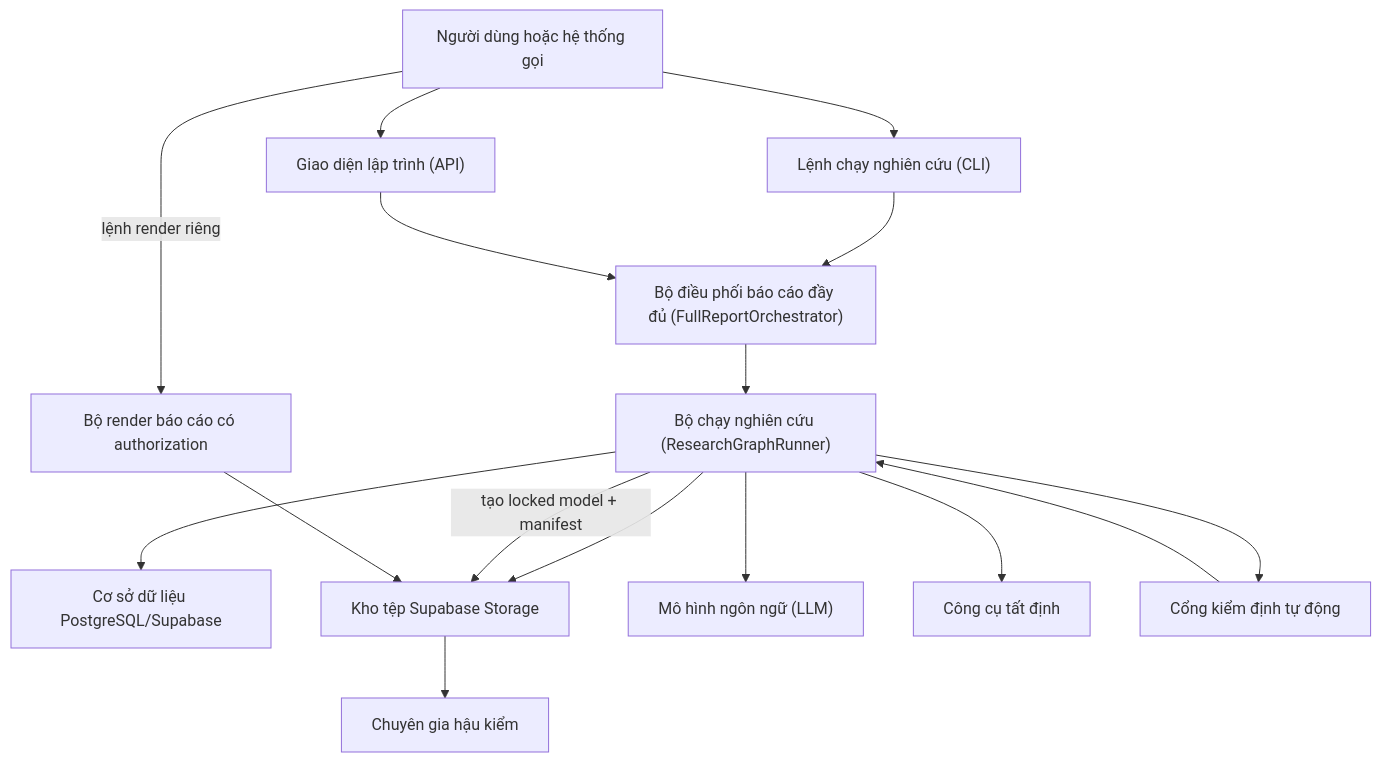
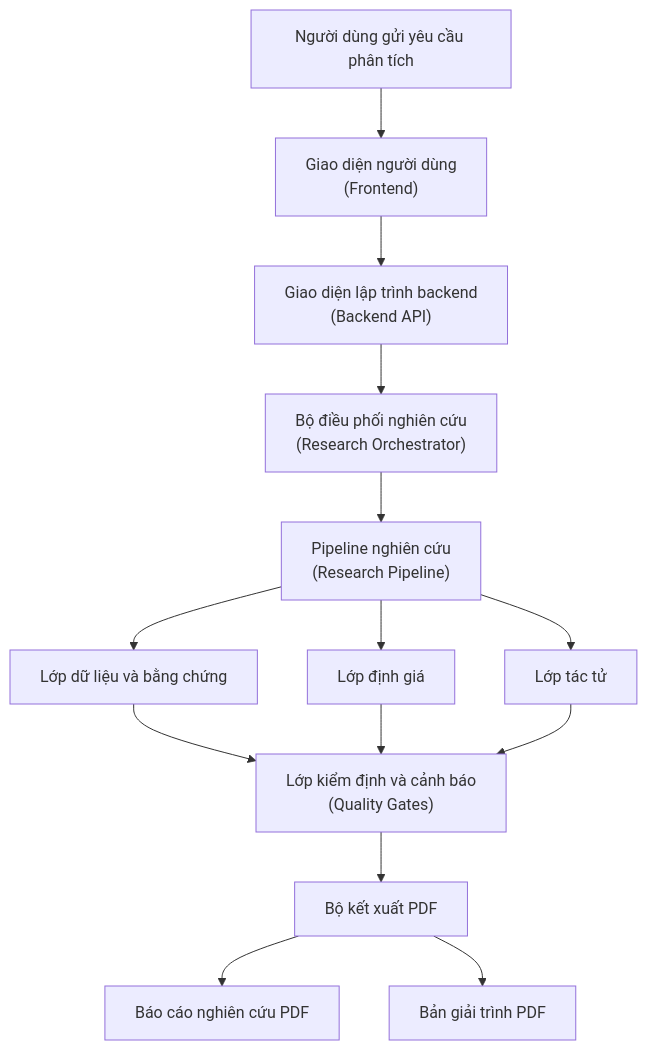
The first of 9 diagrams in docs/SEQUENCE.md (haubelerche/equity-research-system), drawn with Mermaid before and after one commit. The commit also changed other lines of this file and 122 other files, not shown here.

````diff
--- a/docs/SEQUENCE.md
+++ b/docs/SEQUENCE.md
@@ -39,31 +46,26 @@
 ```mermaid
 flowchart TD
-    U["Người dùng hoặc hệ thống gọi"]
-    CLI["Lệnh chạy nghiên cứu (CLI)"]
-    API["Giao diện lập trình (API)"]
-    O["Bộ điều phối báo cáo đầy đủ (FullReportOrchestrator)"]
-    R["Bộ chạy nghiên cứu (ResearchGraphRunner)"]
-    DB["Cơ sở dữ liệu PostgreSQL/Supabase"]
-    ST["Kho tệp Supabase Storage"]
-    LLM["Mô hình ngôn ngữ (LLM)"]
-    T["Công cụ tất định"]
-    G["Cổng kiểm định tự động"]
-    P["Bộ render báo cáo có authorization"]
-    E["Chuyên gia hậu kiểm"]
+    A["Người dùng gửi yêu cầu phân tích"]
+    B["Giao diện người dùng<br/>(Frontend)"]
+    C["Giao diện lập trình backend<br/>(Backend API)"]
+    D["Bộ điều phối nghiên cứu<br/>(Research Orchestrator)"]
+    E["Pipeline nghiên cứu<br/>(Research Pipeline)"]
+    F["Lớp dữ liệu và bằng chứng"]
+    G["Lớp định giá"]
+    H["Lớp tác tử <br/>"]
+    I["Lớp kiểm định và cảnh báo<br/>(Quality Gates)"]
+    J["Bộ kết xuất PDF"]
+    K["Báo cáo nghiên cứu PDF"]
+    L["Bản giải trình PDF"]
 
-    U --> CLI
-    U --> API
-    CLI --> O
-    API --> O
-    O --> R
-    R --> DB
-    R --> ST
-    R --> LLM
-    R --> T
-    R --> G
-    G --> R
-    R -->|"tạo locked model + manifest"| ST
-    U -->|"lệnh render riêng"| P
-    P --> ST
-    ST --> E
+    A --> B --> C --> D --> E
+    E --> F
+    E --> G
+    E --> H
+    F --> I
+    G --> I
+    H --> I
+    I --> J
+    J --> K
+    J --> L
 ```
````
